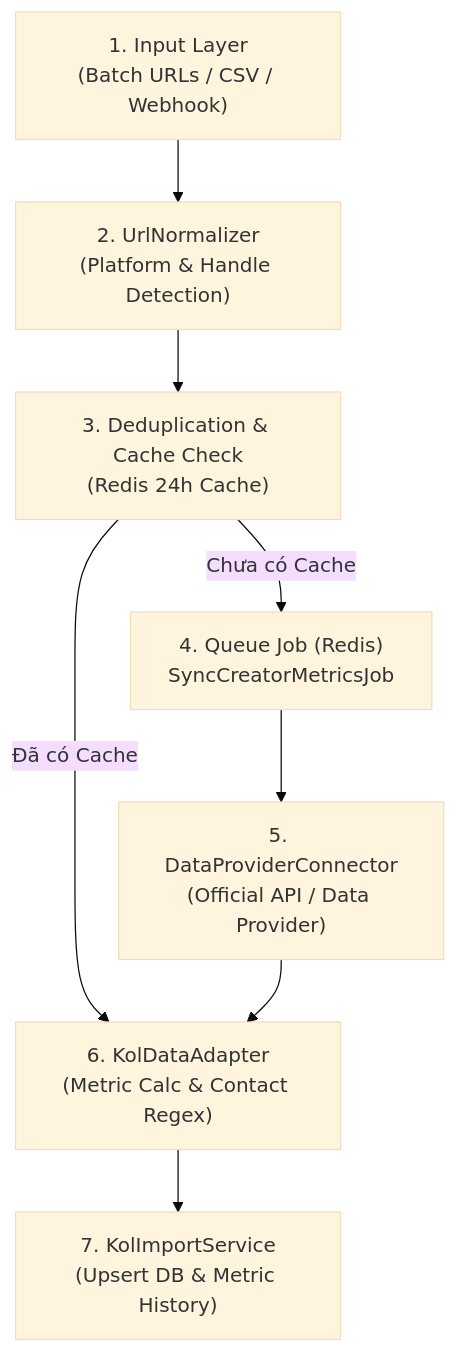
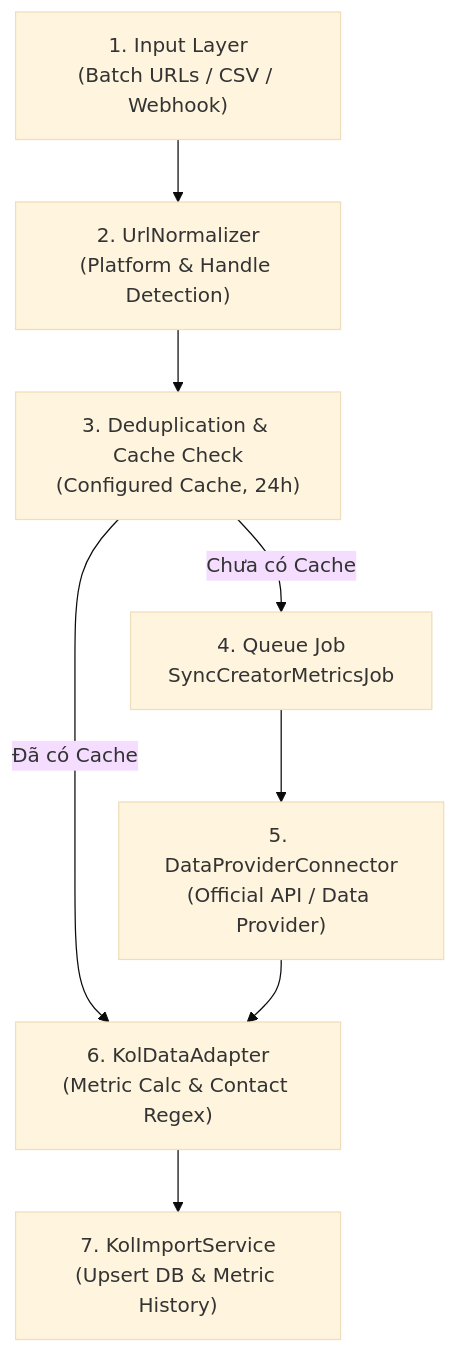
Before and after one commit to doduchaau/booking_kol: the first of 2 diagrams in .agents/skills/kol-automated-sync/SKILL.md, drawn with Mermaid (base theme). The commit also changed other lines of this file and 28 other files, not shown here.

````diff
--- a/.agents/skills/kol-automated-sync/SKILL.md
+++ b/.agents/skills/kol-automated-sync/SKILL.md
@@ -40,10 +44,10 @@
 ```mermaid
 flowchart TD
     A["1. Input Layer<br/>(Batch URLs / CSV / Webhook)"] --> B["2. UrlNormalizer<br/>(Platform & Handle Detection)"]
-    B --> C["3. Deduplication & Cache Check<br/>(Redis 24h Cache)"]
-    C -->|Chưa có Cache| D["4. Queue Job (Redis)<br/>SyncCreatorMetricsJob"]
+    B --> C["3. Deduplication & Cache Check<br/>(Configured Cache, 24h)"]
+    C -->|Chưa có Cache| D["4. Queue Job<br/>SyncCreatorMetricsJob"]
     C -->|Đã có Cache| G["6. KolDataAdapter<br/>(Metric Calc & Contact Regex)"]
     D --> E["5. DataProviderConnector<br/>(Official API / Data Provider)"]
     E --> G
     G --> H["7. KolImportService<br/>(Upsert DB & Metric History)"]
 ```
````
